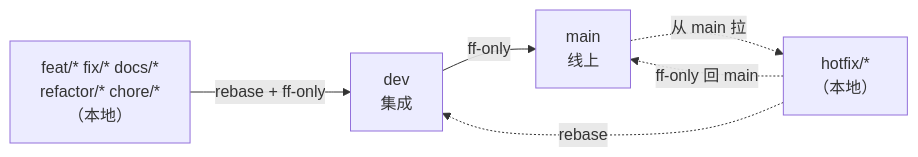
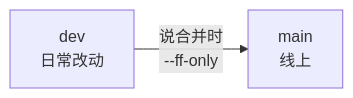
Before and after one commit to xuyaxiong/sx-skills-online: the diagram in docs/BRANCH_STRATEGY.md, drawn with Mermaid. The commit also changed other lines of this file and 1 other file, not shown here.

First line of the commit message:
docs: 分支策略简化为 main + dev，改动直接提交在 dev 上

````diff
--- a/docs/BRANCH_STRATEGY.md
+++ b/docs/BRANCH_STRATEGY.md
@@ -37,11 +16,4 @@
 ```mermaid
 graph LR
-    DEV["dev<br/>集成"]
-    MAIN["main<br/>线上"]
-
-    F["feat/* fix/* docs/*<br/>refactor/* chore/*<br/>（本地）"] -->|rebase + ff-only| DEV
-    DEV -->|ff-only| MAIN
-    MAIN -.->|从 main 拉| H["hotfix/*<br/>（本地）"]
-    H -.->|ff-only 回 main| MAIN
-    H -.->|rebase| DEV
+    DEV["dev<br/>日常改动"] -->|"说合并时<br/>--ff-only"| MAIN["main<br/>线上"]
 ```
````
